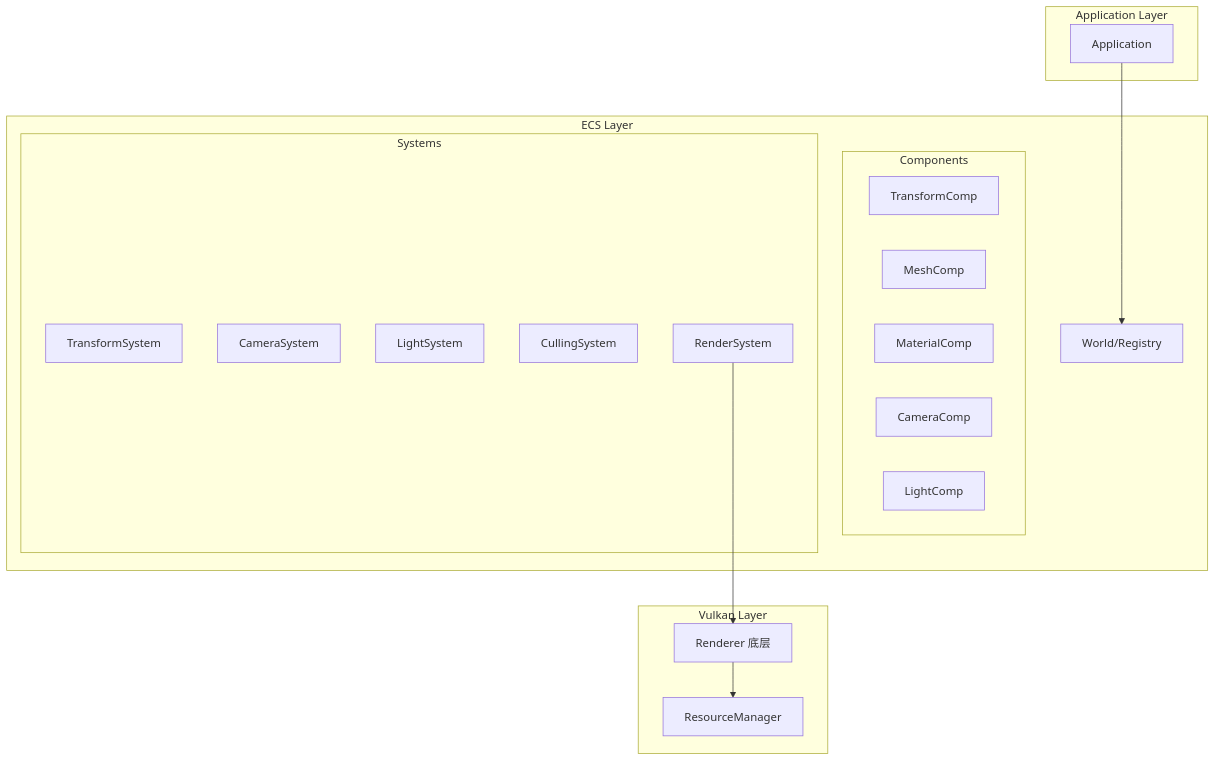
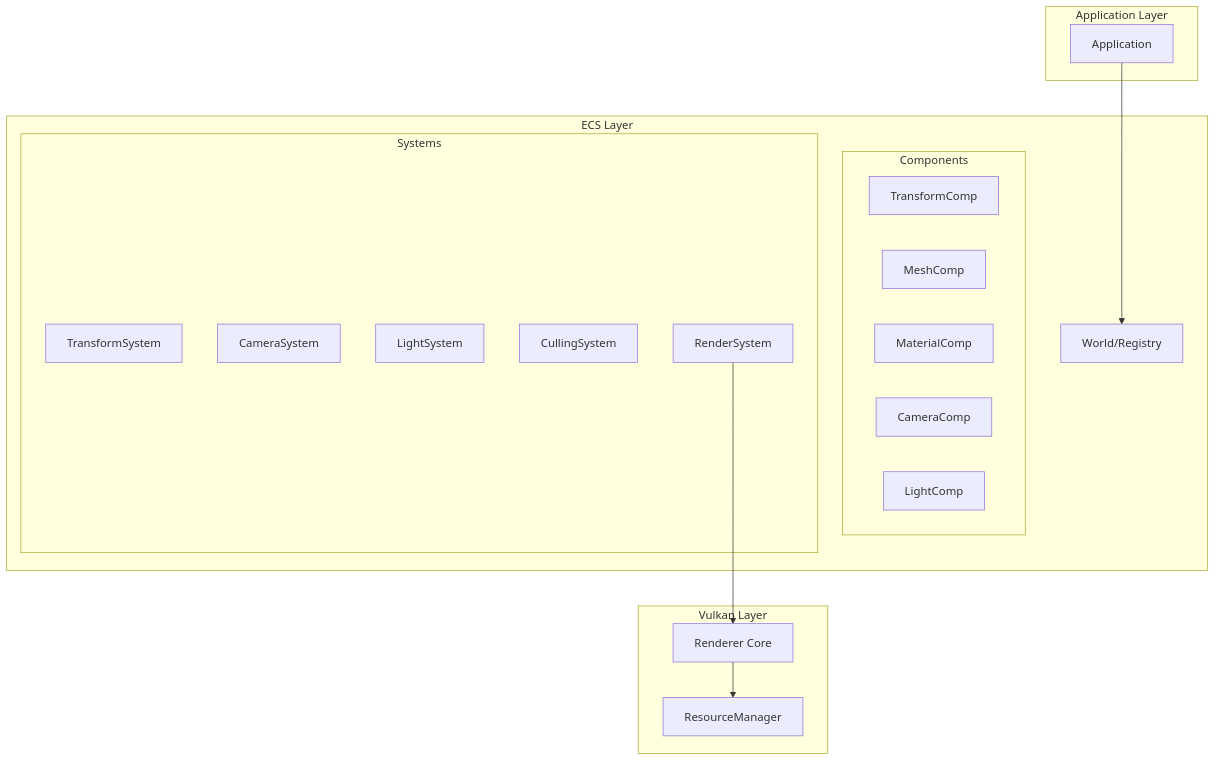
The diagram in docs/TODOS.md (Chankeep/Fishy), drawn with Mermaid before and after one commit. The commit also changed other lines of this file and 12 other files, not shown here.

````diff
--- a/docs/TODOS.md
+++ b/docs/TODOS.md
@@ -124,33 +181,33 @@
 ```mermaid
 graph TB
     subgraph "Application Layer"
         APP[Application]
     end
-    
+
     subgraph "ECS Layer"
         WORLD[World/Registry]
         subgraph "Components"
             TC[TransformComp]
             MC[MeshComp]
             MATC[MaterialComp]
             CC[CameraComp]
             LC[LightComp]
         end
         subgraph "Systems"
             TS[TransformSystem]
             CS[CameraSystem]
             LS[LightSystem]
             CULLS[CullingSystem]
             RS[RenderSystem]
         end
     end
-    
+
     subgraph "Vulkan Layer"
-        REN[Renderer 底层]
+        REN[Renderer Core]
         RM[ResourceManager]
     end
-    
+
     APP --> WORLD
     RS --> REN
     REN --> RM
 ```
````
